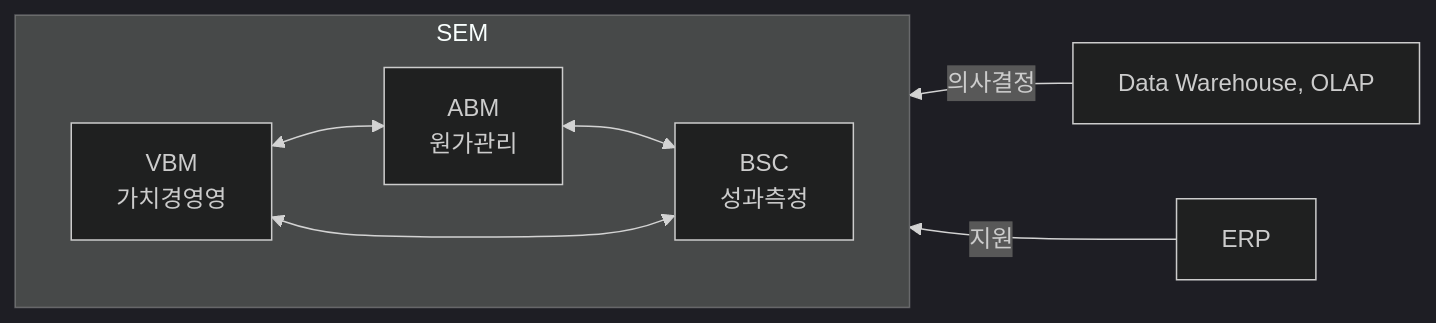
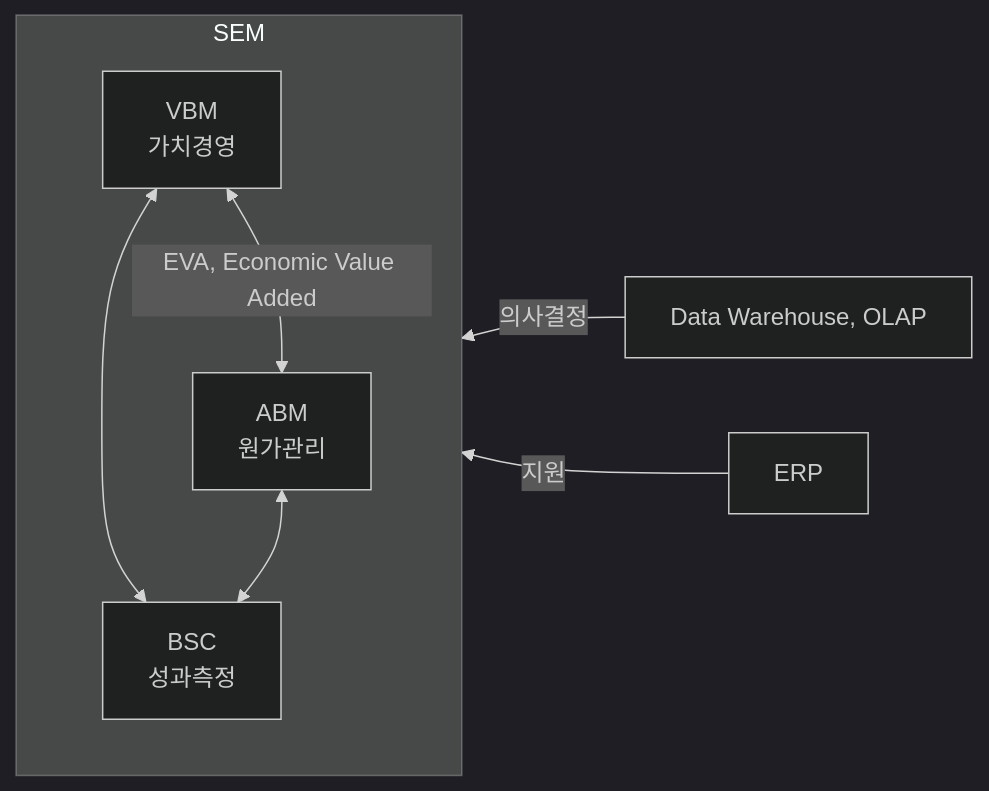
One commit to gracefullight/gracefullight.github.io changed the diagram in blog/pe/mng/sem.md. Above: the diagram before and after it, drawn with Mermaid (dark theme).

Commit message:
docs: 📚️ sem

````diff
--- a/blog/pe/mng/sem.md
+++ b/blog/pe/mng/sem.md
@@ -20,17 +20,17 @@
 ```mermaid
 graph RL
   subgraph SEM
-    direction LR
-    VBM[VBM\n가치경영영]
-    ABM[ABM\n원가관리]
-    BSC[BSC\n성과측정]
+    direction TB
+    VBM[VBM<br/>가치경영]
+    ABM[ABM<br/>원가관리]
+    BSC[BSC<br/>성과측정]
 
-    VBM <--> ABM
+     VBM <--> BSC
+    VBM <-->|EVA, Economic Value Added| ABM
     ABM <--> BSC
-    BSC <--> VBM
   end
 
   DW_OLAP[Data Warehouse, OLAP]
   DW_OLAP -->|의사결정| SEM
   ERP -->|지원| SEM
 ```
````
